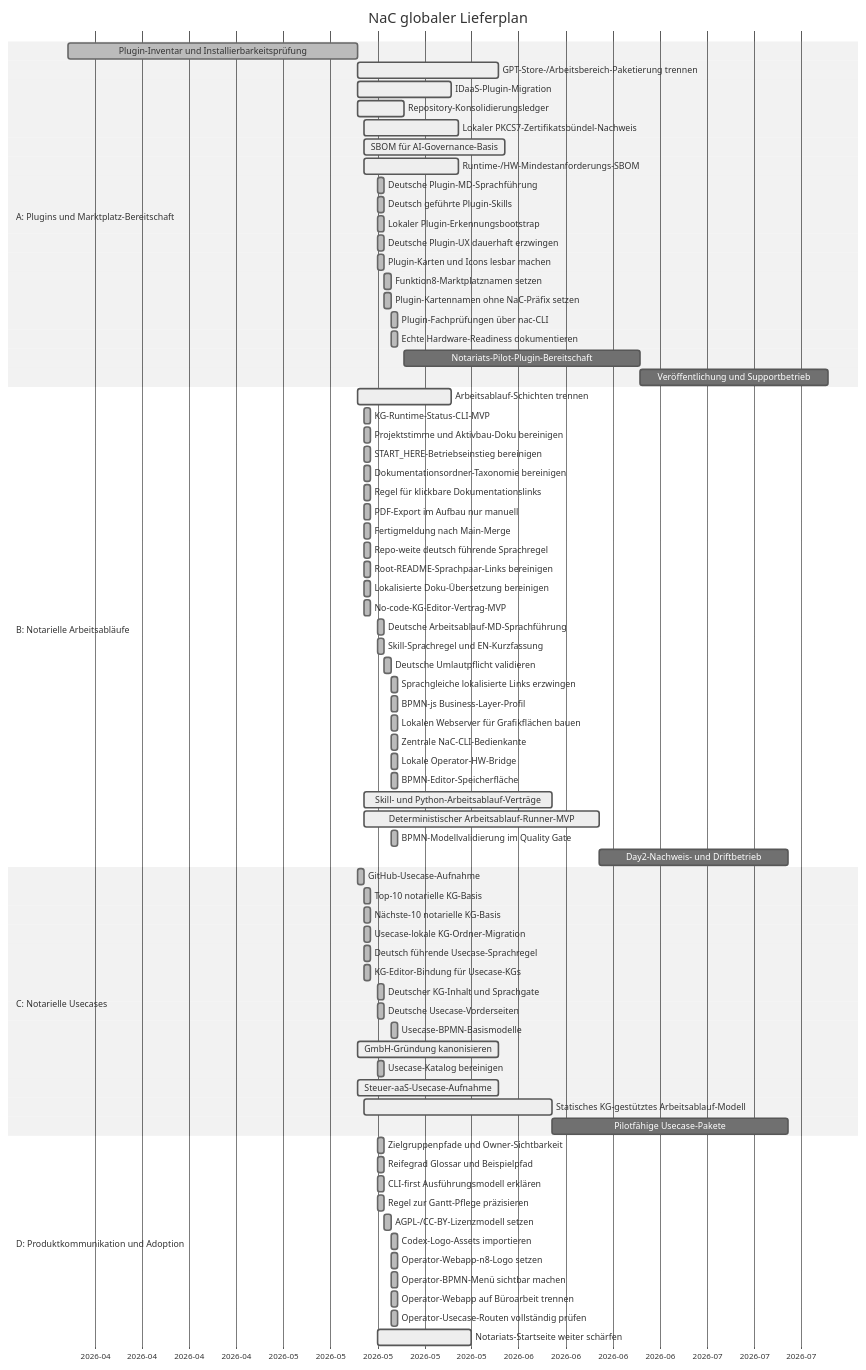
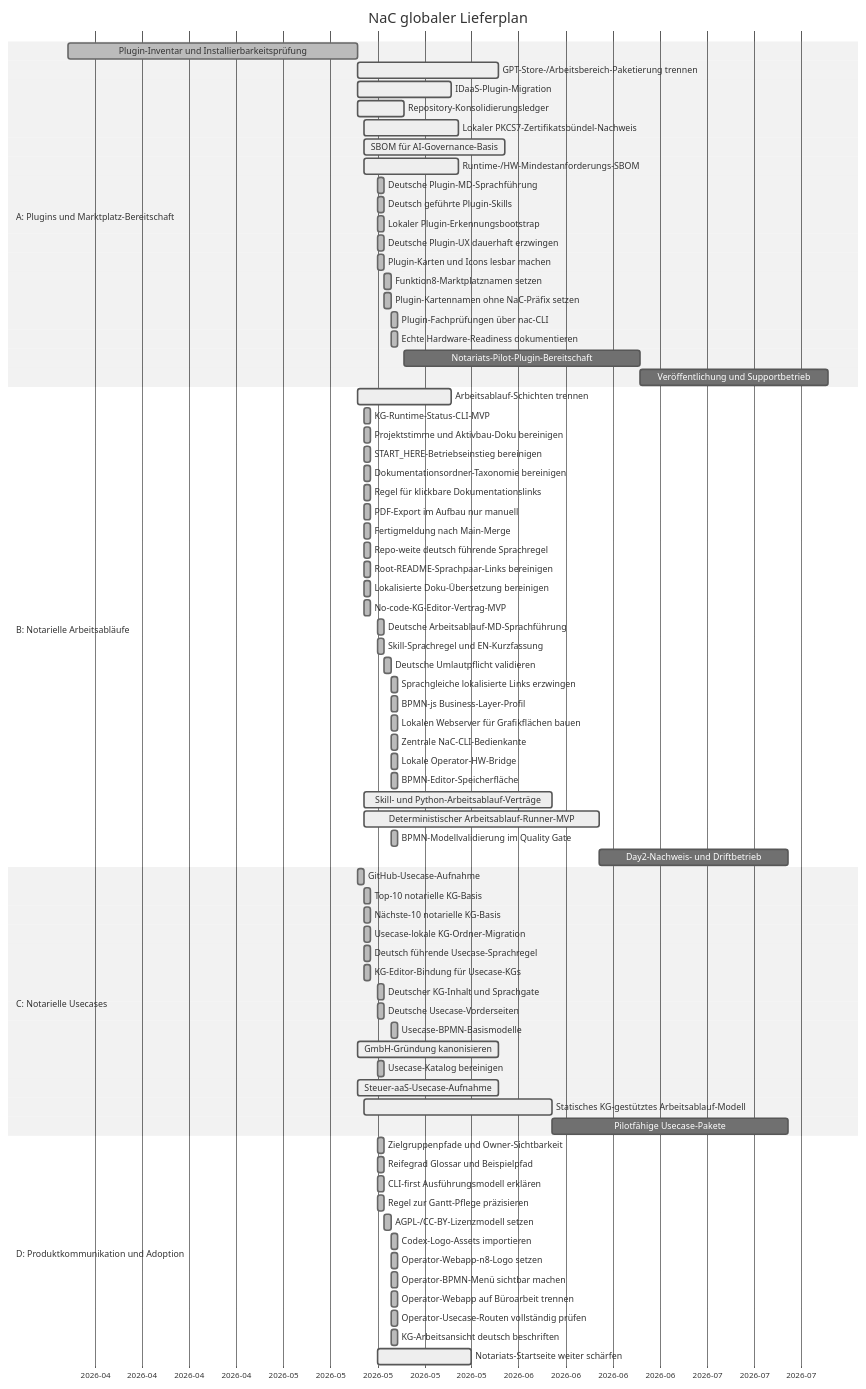
Before and after one commit to notariat8/NaC: the diagram in roadmap/GANTT.md, drawn with Mermaid (neutral theme). The commit also changed other lines of this file and 6 other files, not shown here.

````diff
--- a/roadmap/GANTT.md
+++ b/roadmap/GANTT.md
@@ -91,5 +91,6 @@
     Operator-BPMN-Menü sichtbar machen           :done,    d1g, 2026-05-19, 1d
     Operator-Webapp auf Büroarbeit trennen       :done,    d1h, 2026-05-19, 1d
     Operator-Usecase-Routen vollständig prüfen   :done,    d1i, 2026-05-19, 1d
+    KG-Arbeitsansicht deutsch beschriften        :done,    d1j, 2026-05-19, 1d
     Notariats-Startseite weiter schärfen        :active,  d2, 2026-05-17, 14d
 ```
````
